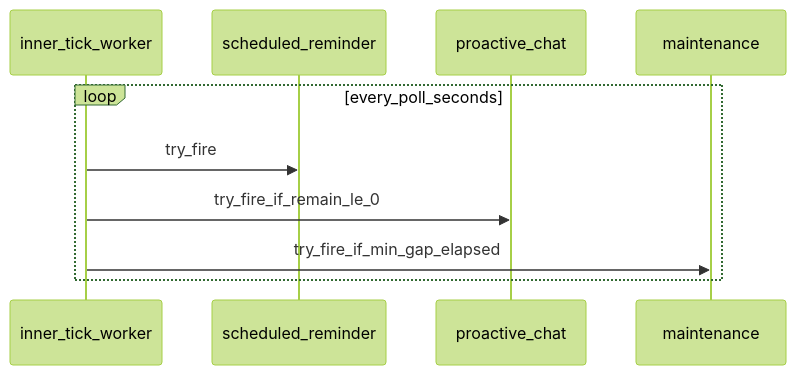
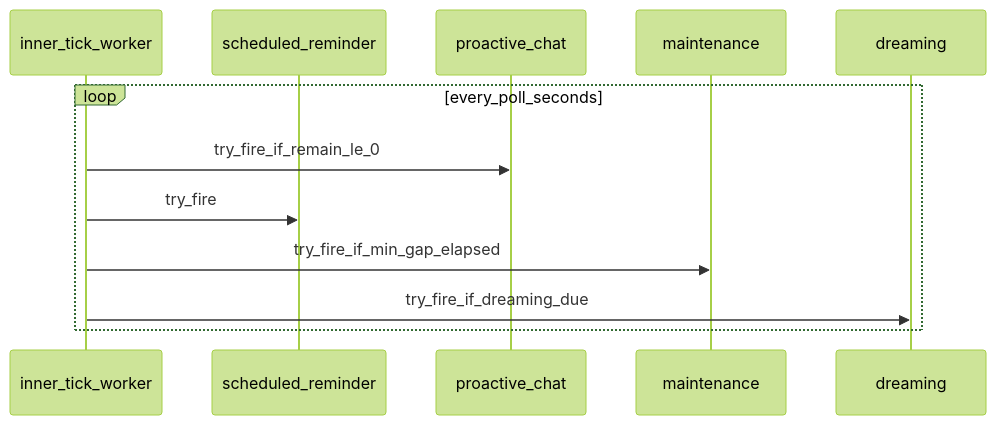
The diagram in docs/companion_harness/INNER_TICK_SCHEDULING.md (NascentCore/inty), drawn with Mermaid (forest theme) before and after one commit. The commit also changed other lines of this file and 30 other files, not shown here.

````diff
--- a/docs/companion_harness/INNER_TICK_SCHEDULING.md
+++ b/docs/companion_harness/INNER_TICK_SCHEDULING.md
@@ -9,13 +9,15 @@
 ```mermaid
 sequenceDiagram
   participant Worker as inner_tick_worker
   participant Sched as scheduled_reminder
   participant Pro as proactive_chat
   participant Maint as maintenance
+  participant Dream as dreaming
 
   loop every_poll_seconds
+    Worker->>Pro: try_fire_if_remain_le_0
     Worker->>Sched: try_fire
-    Worker->>Pro: try_fire_if_remain_le_0
     Worker->>Maint: try_fire_if_min_gap_elapsed
+    Worker->>Dream: try_fire_if_dreaming_due
   end
 ```
````
